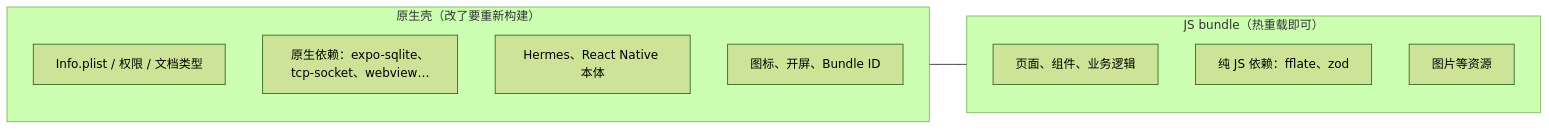
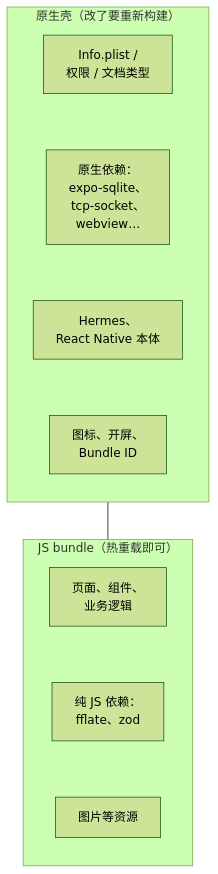
The first of 2 diagrams in books/rn-expo/04-dev-client-prebuild.md (jarvis-pro/hatch-shelf), drawn with Mermaid (forest theme) before and after one commit. The commit also changed other lines of this file and 432 other files, not shown here.

````diff
--- a/books/rn-expo/04-dev-client-prebuild.md
+++ b/books/rn-expo/04-dev-client-prebuild.md
@@ -7,15 +7,12 @@
 ```mermaid
-flowchart LR
+flowchart TD
   subgraph N["原生壳（改了要重新构建）"]
-    A["Info.plist / 权限 / 文档类型"]
-    B["原生依赖：expo-sqlite、tcp-socket、webview…"]
-    C["Hermes、React Native 本体"]
-    D["图标、开屏、Bundle ID"]
+    direction TB
+    A["Info.plist /<br/>权限 / 文档类型"] ~~~ B["原生依赖：<br/>expo-sqlite、<br/>tcp-socket、<br/>webview…"] ~~~ C["Hermes、<br/>React Native 本体"] ~~~ D["图标、开屏、<br/>Bundle ID"]
   end
   subgraph J["JS bundle（热重载即可）"]
-    E["页面、组件、业务逻辑"]
-    F["纯 JS 依赖：fflate、zod"]
-    G["图片等资源"]
+    direction TB
+    E["页面、组件、<br/>业务逻辑"] ~~~ F["纯 JS 依赖：<br/>fflate、zod"] ~~~ G["图片等资源"]
   end
   N --- J
 ```
````
